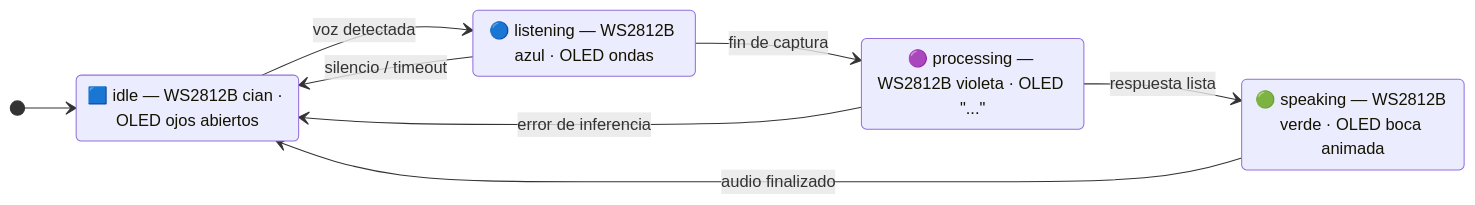
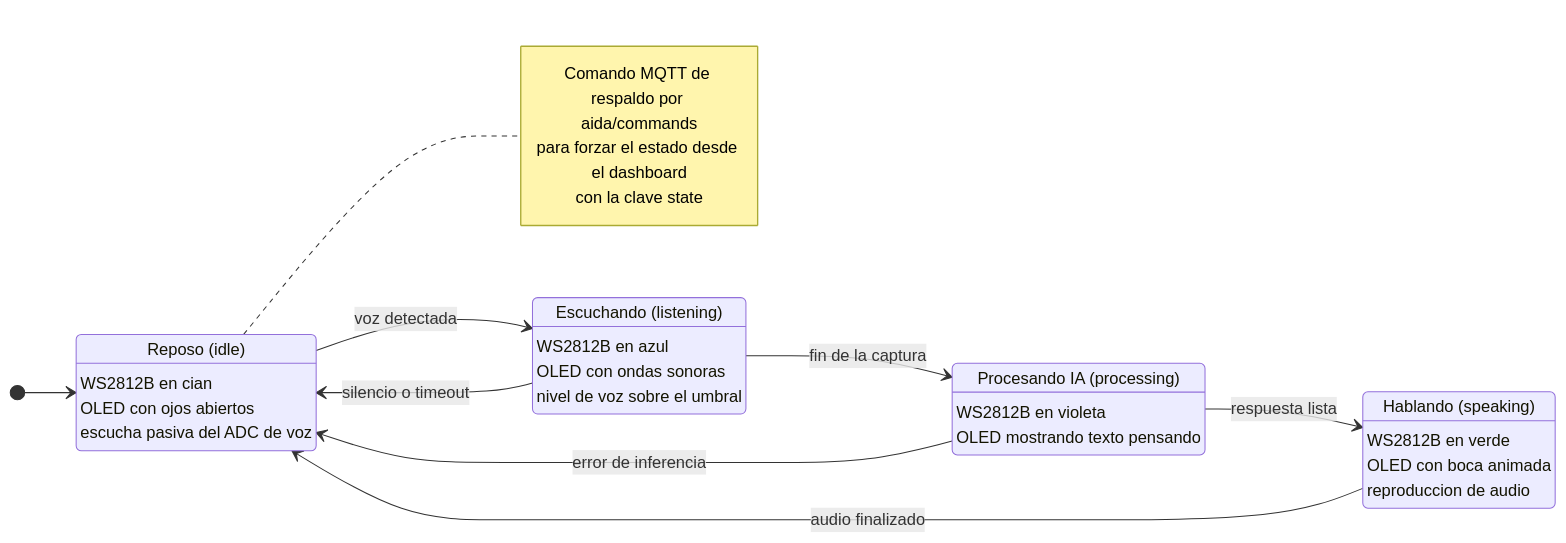
Before and after one commit to xllnyxthornllx/AIDA-: the third of 4 diagrams in Lab09 - Subida del proyecto.docx.md, drawn with Mermaid. The commit also changed other lines of this file and 13 other files, not shown here.

Commit message:
lab9: diagrama uml de componentes de la solucion

````diff
--- a/Lab09 - Subida del proyecto.docx.md
+++ b/Lab09 - Subida del proyecto.docx.md
@@ -360,15 +398,37 @@
 ```mermaid
 stateDiagram-v2
     direction LR
     [*] --> Reposo
-    Reposo : 🟦 idle — WS2812B cian · OLED ojos abiertos
-    Escuchando : 🔵 listening — WS2812B azul · OLED ondas
-    Procesando : 🟣 processing — WS2812B violeta · OLED "..."
-    Hablando : 🟢 speaking — WS2812B verde · OLED boca animada
+
+    Reposo : Reposo (idle)
+    Reposo : WS2812B en cian
+    Reposo : OLED con ojos abiertos
+    Reposo : escucha pasiva del ADC de voz
+
+    Escuchando : Escuchando (listening)
+    Escuchando : WS2812B en azul
+    Escuchando : OLED con ondas sonoras
+    Escuchando : nivel de voz sobre el umbral
+
+    Procesando : Procesando IA (processing)
+    Procesando : WS2812B en violeta
+    Procesando : OLED mostrando texto pensando
+
+    Hablando : Hablando (speaking)
+    Hablando : WS2812B en verde
+    Hablando : OLED con boca animada
+    Hablando : reproduccion de audio
+
     Reposo --> Escuchando : voz detectada
-    Escuchando --> Procesando : fin de captura
+    Escuchando --> Procesando : fin de la captura
     Procesando --> Hablando : respuesta lista
     Hablando --> Reposo : audio finalizado
-    Escuchando --> Reposo : silencio / timeout
+    Escuchando --> Reposo : silencio o timeout
     Procesando --> Reposo : error de inferencia
+
+    note right of Reposo
+      Comando MQTT de respaldo por aida/commands
+      para forzar el estado desde el dashboard
+      con la clave state
+    end note
 ```
````
